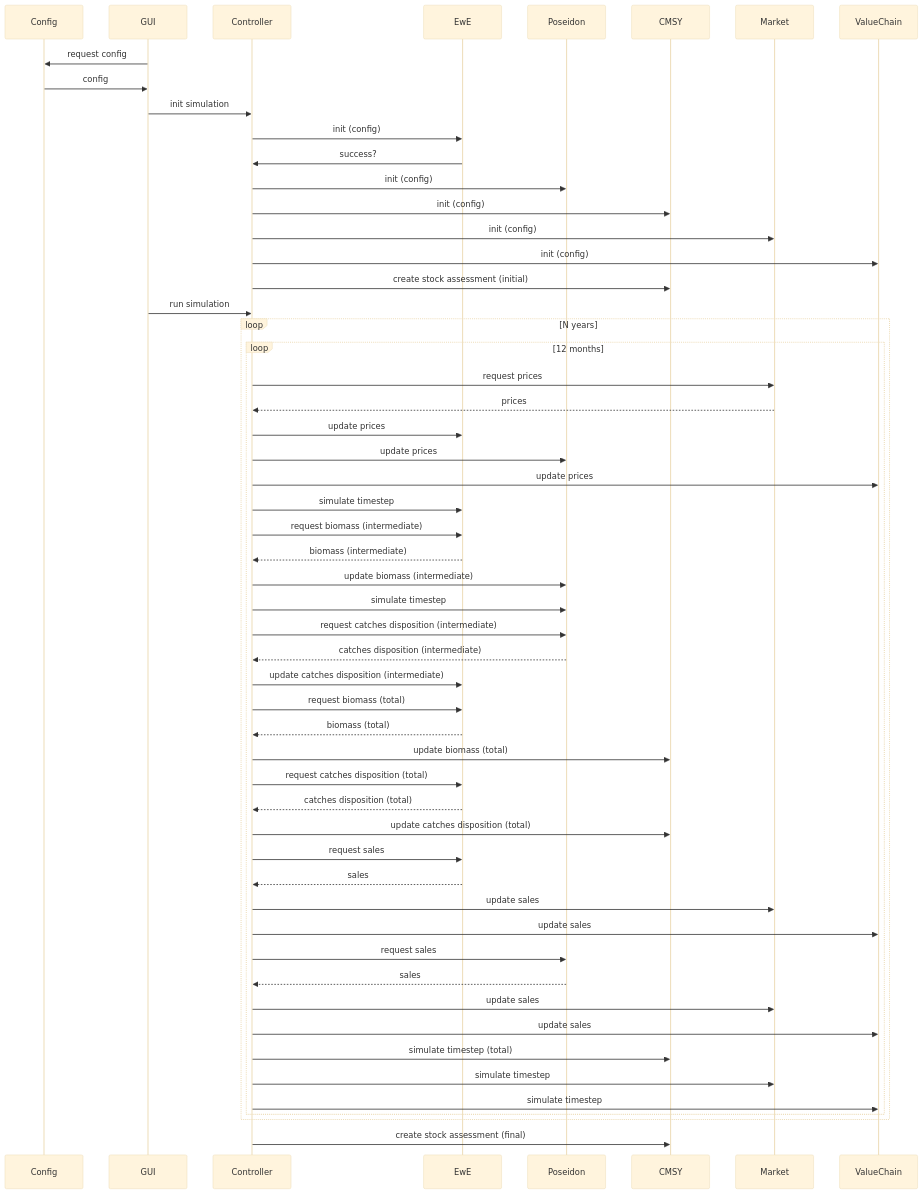
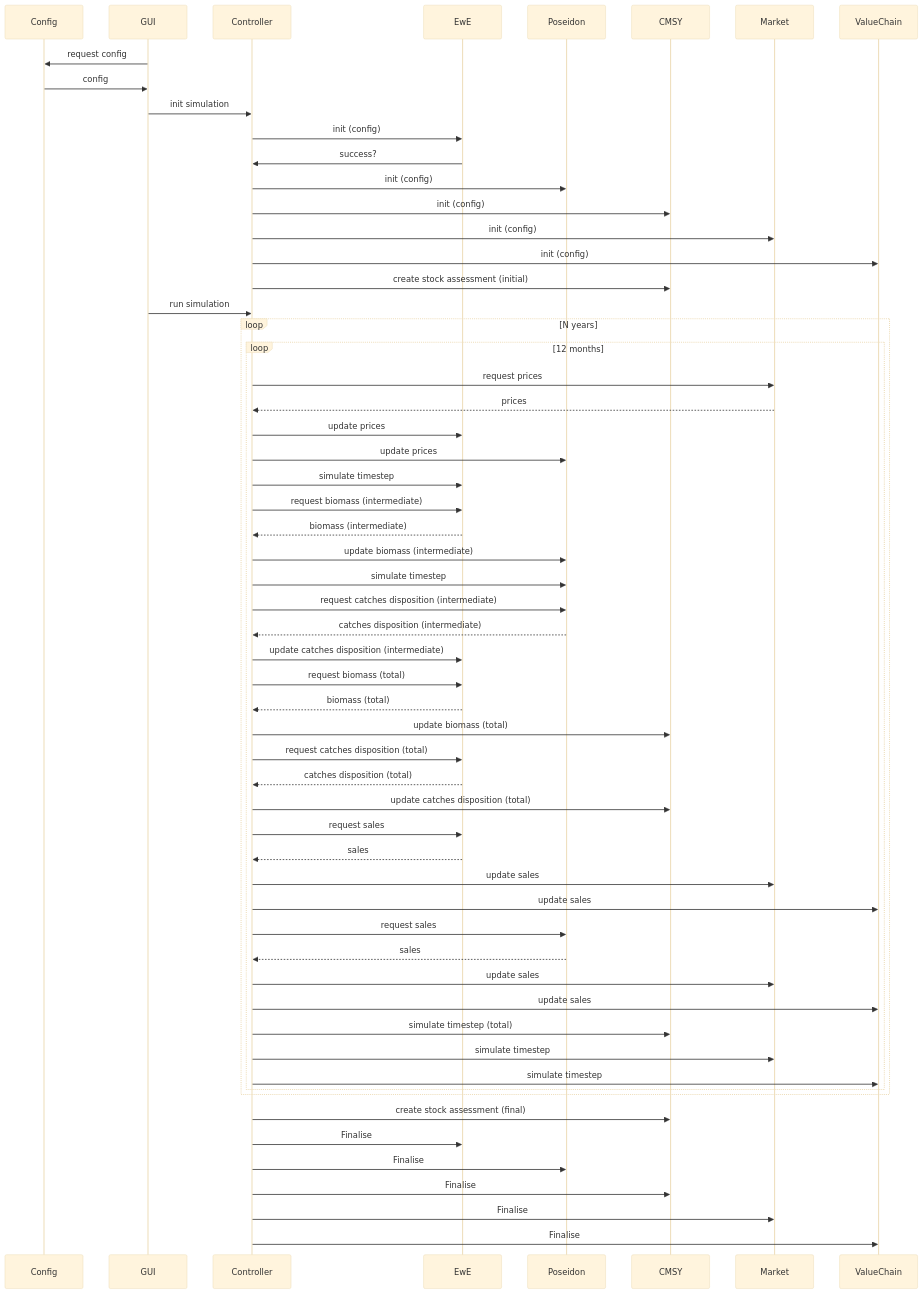
One commit to SURIMI-Project/SURIMI-project changed the diagram in SequenceDiagram.md. Above: the diagram before and after it, drawn with Mermaid (base theme).

Commit message:
Update SequenceDiagram.md
Removed Value Chain : Update prices
Added Finalise to every model

````diff
--- a/SequenceDiagram.md
+++ b/SequenceDiagram.md
@@ -3,72 +3,76 @@
 ```mermaid
 
  sequenceDiagram
 
     participant Config
     participant GUI
     participant Controller
     participant EwE
     participant Poseidon
     participant CMSY
     participant Market
     participant ValueChain
 
     %% Initialization %%
     %% this is the init %%
     GUI ->> Config: request config
     Config ->> GUI: config
     GUI ->> Controller: init simulation
 
     Controller ->> EwE: init (config)
     EwE ->> Controller: success?
     Controller ->> Poseidon: init (config)
     Controller ->> CMSY: init (config)
     Controller ->> Market: init (config)
     Controller ->> ValueChain: init (config)
 
     Controller ->> CMSY: create stock assessment (initial)
 
     %% Simulation %%
     %% starting the simulation %%
     GUI ->> Controller: run simulation
 
     loop N years
         loop 12 months
             Controller ->> Market: request prices
             Market -->> Controller: prices
             Controller ->> EwE: update prices
             Controller ->> Poseidon: update prices
-            Controller ->> ValueChain: update prices
             Controller ->> EwE: simulate timestep
             Controller ->> EwE: request biomass (intermediate)
             EwE -->> Controller: biomass (intermediate)
             Controller ->> Poseidon: update biomass (intermediate)
             Controller ->> Poseidon: simulate timestep
             Controller ->> Poseidon: request catches disposition (intermediate) 
             Poseidon -->> Controller: catches disposition (intermediate)
             Controller ->> EwE: update catches disposition (intermediate)
 
             Controller ->> EwE: request biomass (total)
             EwE -->> Controller: biomass (total)
             Controller ->> CMSY: update biomass (total)
             Controller ->> EwE: request catches disposition (total) 
             EwE -->> Controller: catches disposition (total)
             Controller ->> CMSY: update catches disposition (total)
 
             Controller ->> EwE: request sales
             EwE -->> Controller: sales
             Controller ->> Market: update sales
             Controller ->> ValueChain: update sales
 
             Controller ->> Poseidon: request sales
             Poseidon -->> Controller: sales
             Controller ->> Market: update sales
             Controller ->> ValueChain: update sales
 
             Controller ->> CMSY: simulate timestep (total)
             Controller ->> Market: simulate timestep
             Controller ->> ValueChain: simulate timestep
         end
     end
-    Controller ->> CMSY: create stock assessment (final) 
+    Controller ->> CMSY: create stock assessment (final)
+    Controller ->> EwE: Finalise
+    Controller ->> Poseidon: Finalise
+    Controller ->> CMSY: Finalise
+    Controller ->> Market: Finalise
+    Controller ->> ValueChain: Finalise
 ```
````
